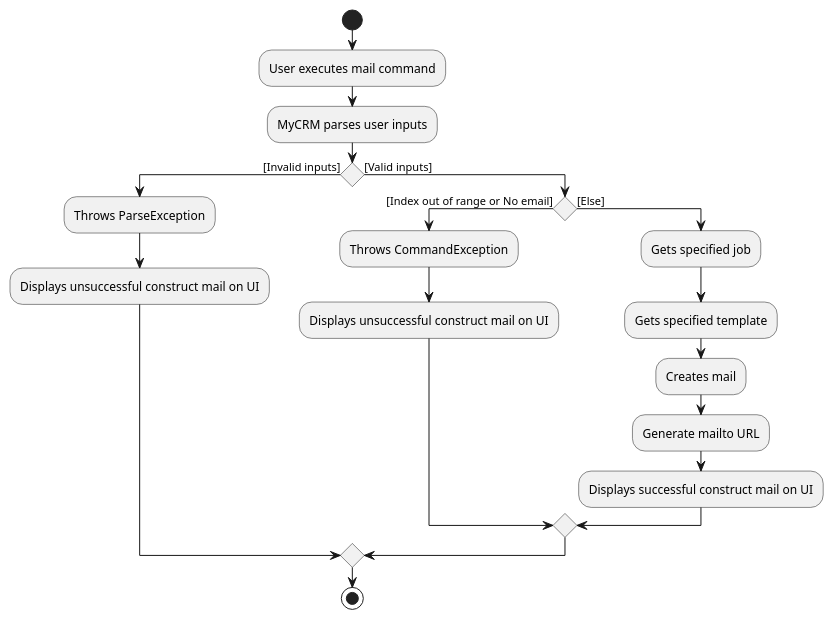
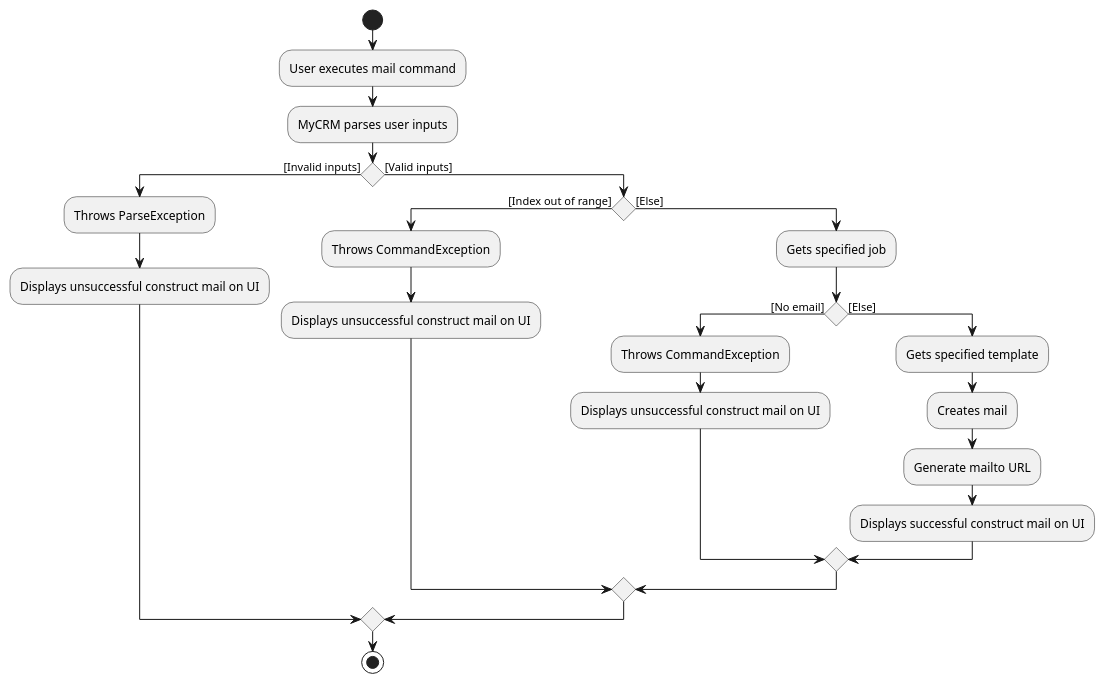
One commit to ooawagaeri/tp changed the diagram in docs/diagrams/mail/MailActivityDiagram.puml. Above: the diagram before and after it, drawn with PlantUML. The commit also changed 6 other files, not shown here.

Commit message:
Fix DG template activity diagrams

```diff
--- a/docs/diagrams/mail/MailActivityDiagram.puml
+++ b/docs/diagrams/mail/MailActivityDiagram.puml
@@ -1,22 +1,27 @@
 @startuml
 start
 :User executes mail command;
 :MyCRM parses user inputs;
 if () then ([Invalid inputs])
     :Throws ParseException;
     :Displays unsuccessful construct mail on UI;
 else ([Valid inputs])
-    if () then ([Index out of range or No email])
+    if () then ([Index out of range])
         :Throws CommandException;
         :Displays unsuccessful construct mail on UI;
     else ([Else])
         :Gets specified job;
-        :Gets specified template;
-        :Creates mail;
-        :Generate mailto URL;
-        :Displays successful construct mail on UI;
+        if () then ([No email])
+        :Throws CommandException;
+        :Displays unsuccessful construct mail on UI;
+        else ([Else])
+            :Gets specified template;
+            :Creates mail;
+            :Generate mailto URL;
+            :Displays successful construct mail on UI;
+        endif
     endif
 endif
 stop
 
 @enduml
```
